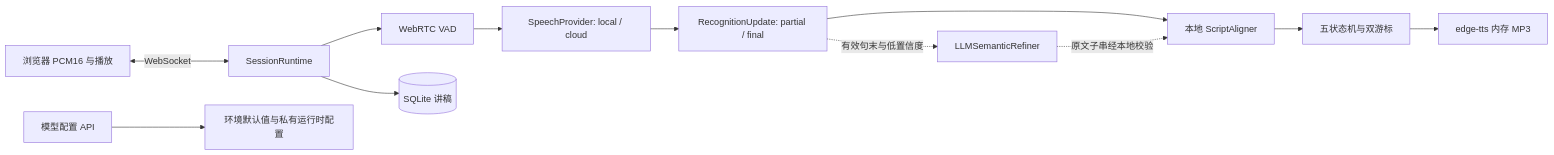
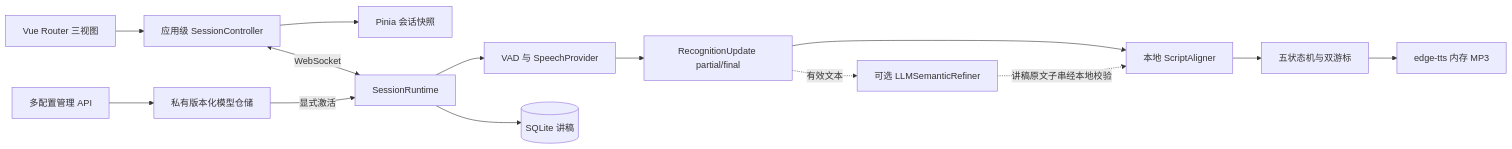
Before and after one commit to AstolfoNS/whisper-guide: the diagram in docs/architecture.md, drawn with Mermaid. The commit also changed other lines of this file and 75 other files, not shown here.

````diff
--- a/docs/architecture.md
+++ b/docs/architecture.md
@@ -3,14 +5,16 @@
 ```mermaid
 flowchart LR
-  B[浏览器 PCM16 与播放] <-->|WebSocket| A[SessionRuntime]
-  A --> V[WebRTC VAD]
-  V --> P[SpeechProvider: local / cloud]
-  P --> R[RecognitionUpdate: partial / final]
-  R --> S[本地 ScriptAligner]
-  S --> D[五状态机与双游标]
+  V[Vue Router 三视图] --> C[应用级 SessionController]
+  C --> S[Pinia 会话快照]
+  C <-->|WebSocket| A[SessionRuntime]
+  A --> P[VAD 与 SpeechProvider]
+  P --> R[RecognitionUpdate partial/final]
+  R --> L[本地 ScriptAligner]
+  L --> D[五状态机与双游标]
   D --> T[edge-tts 内存 MP3]
-  R -.有效句末与低置信度.-> L[LLMSemanticRefiner]
-  L -.原文子串经本地校验.-> S
-  M[模型配置 API] --> C[环境默认值与私有运行时配置]
-  A --> Q[(SQLite 讲稿)]
+  R -.有效文本.-> M[可选 LLMSemanticRefiner]
+  M -.讲稿原文子串经本地校验.-> L
+  F[多配置管理 API] --> Q[私有版本化模型仓储]
+  Q -->|显式激活| A
+  A --> B[(SQLite 讲稿)]
 ```
````
